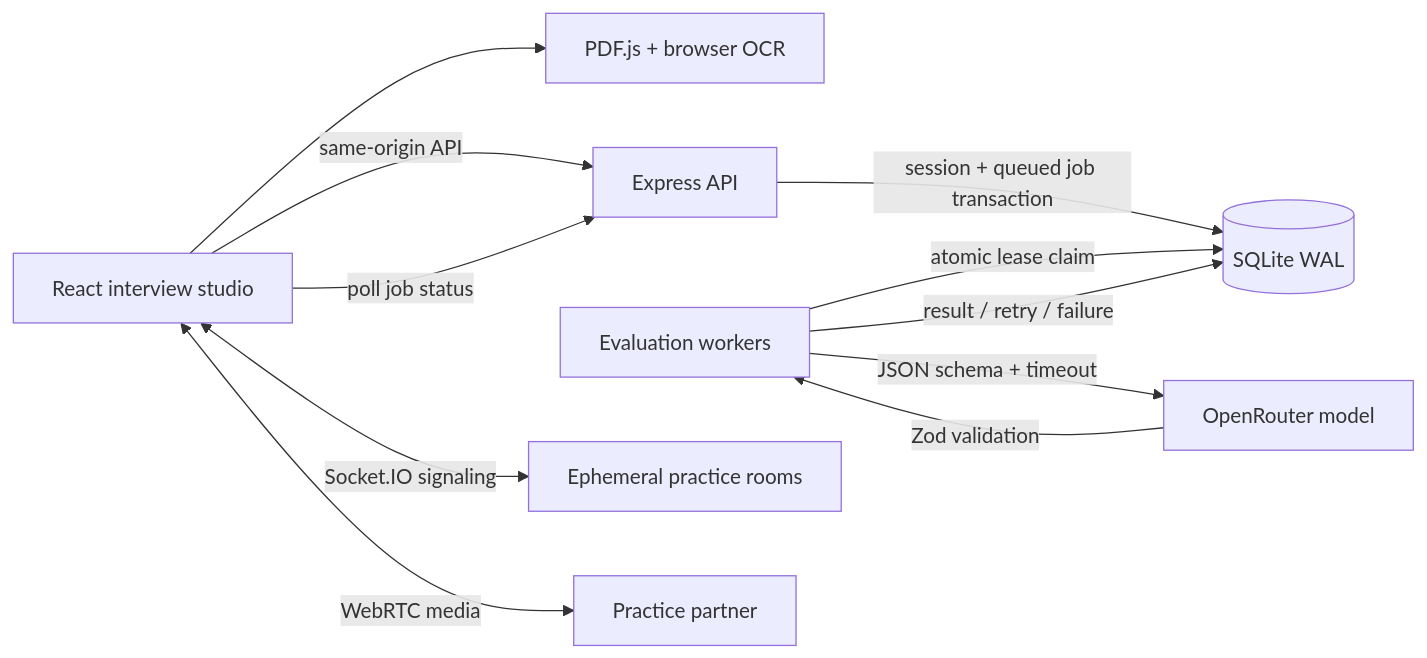
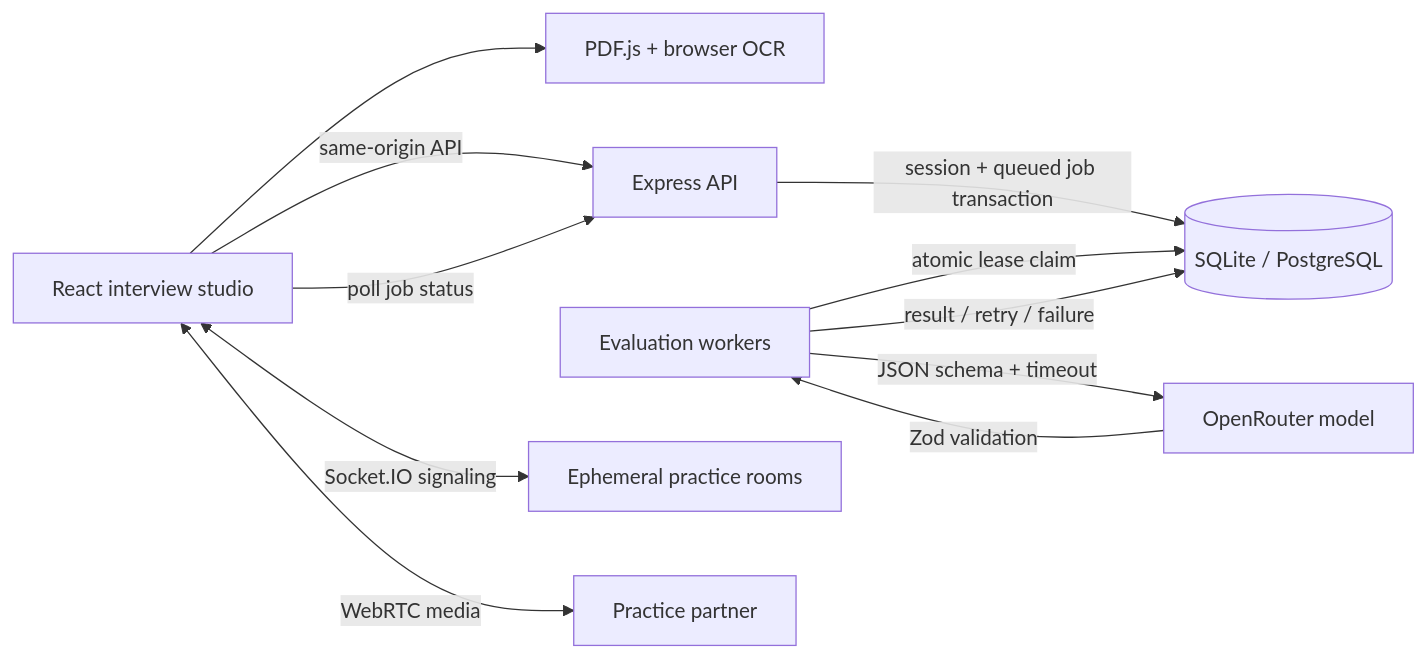
Before and after one commit to Shreeya1807/MockMate: the diagram in README.md, drawn with Mermaid. The commit also changed other lines of this file and 4 other files, not shown here.

Commit message:
deploy: support free Render hosting with external PostgreSQL

````diff
--- a/README.md
+++ b/README.md
@@ -56,13 +56,13 @@
 ```mermaid
 flowchart LR
   U[React interview studio] --> P[PDF.js + browser OCR]
   U -->|same-origin API| A[Express API]
-  A -->|session + queued job transaction| D[(SQLite WAL)]
+  A -->|session + queued job transaction| D[(SQLite / PostgreSQL)]
   W[Evaluation workers] -->|atomic lease claim| D
   W -->|JSON schema + timeout| L[OpenRouter model]
   L -->|Zod validation| W
   W -->|result / retry / failure| D
   U -->|poll job status| A
   U <-->|Socket.IO signaling| S[Ephemeral practice rooms]
   U <-->|WebRTC media| G[Practice partner]
 ```
````
